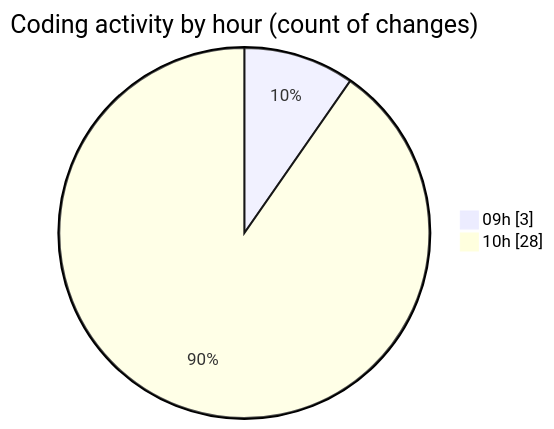
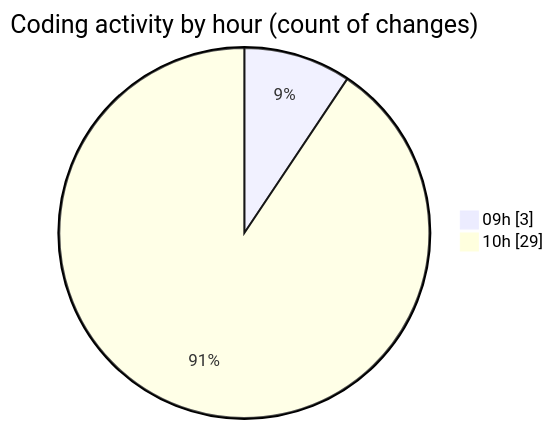
Before and after one commit to momahboobian/code-tracking: the second of 2 diagrams in 2025-11-19/cda/README.md, drawn with Mermaid. The commit also changed other lines of this file and 1 other file, not shown here.

````diff
--- a/2025-11-19/cda/README.md
+++ b/2025-11-19/cda/README.md
@@ -30,6 +30,6 @@
 ```mermaid
 pie showData
 title Coding activity by hour (count of changes)
 "09h" : 3
-"10h" : 28
+"10h" : 29
 ```
````
